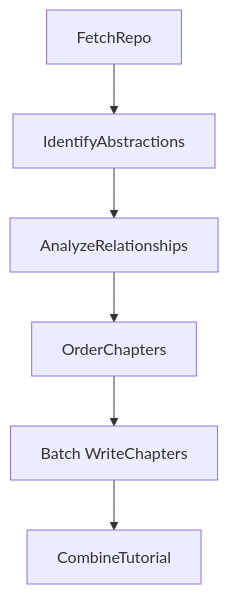
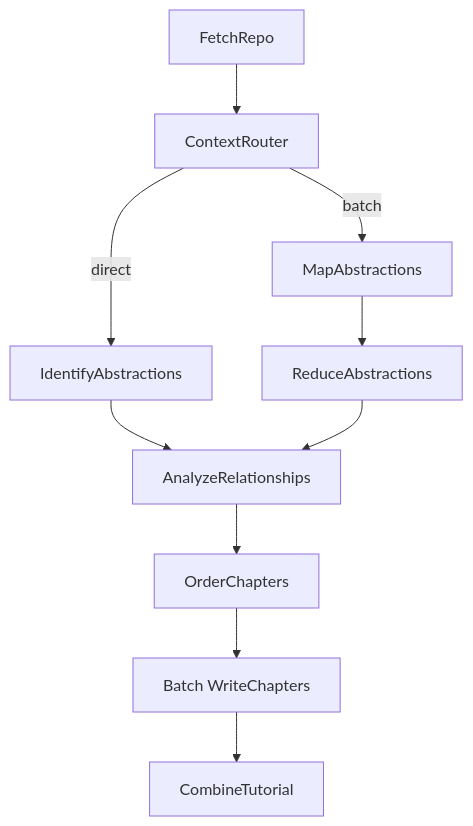
The diagram in docs/design.md (ardennguyen/Codebase-Knowledge-Builder), drawn with Mermaid before and after one commit. The commit also changed other lines of this file and 14 other files, not shown here.

First line of the commit message:
feat: complete rewrite for Map-Reduce Context Scaling architecture

````diff
--- a/docs/design.md
+++ b/docs/design.md
@@ -53,8 +61,15 @@
 ```mermaid
 flowchart TD
-    A[FetchRepo] --> B[IdentifyAbstractions];
-    B --> C[AnalyzeRelationships];
-    C --> D[OrderChapters];
-    D --> E[Batch WriteChapters];
-    E --> F[CombineTutorial];
+    A[FetchRepo] --> Router[ContextRouter]
+    
+    Router -->|direct| B[IdentifyAbstractions]
+    Router -->|batch| M1[MapAbstractions]
+    M1 --> M2[ReduceAbstractions]
+    
+    B --> C[AnalyzeRelationships]
+    M2 --> C
+    
+    C --> D[OrderChapters]
+    D --> E[Batch WriteChapters]
+    E --> F[CombineTutorial]
 ```
````
